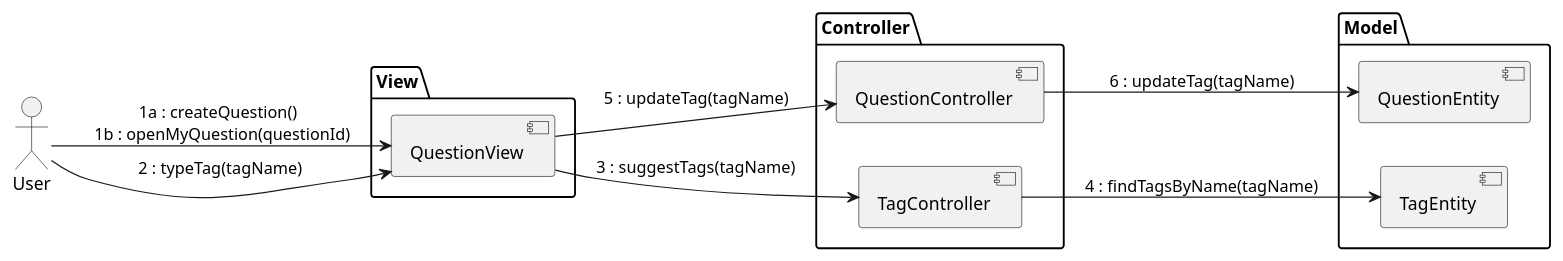
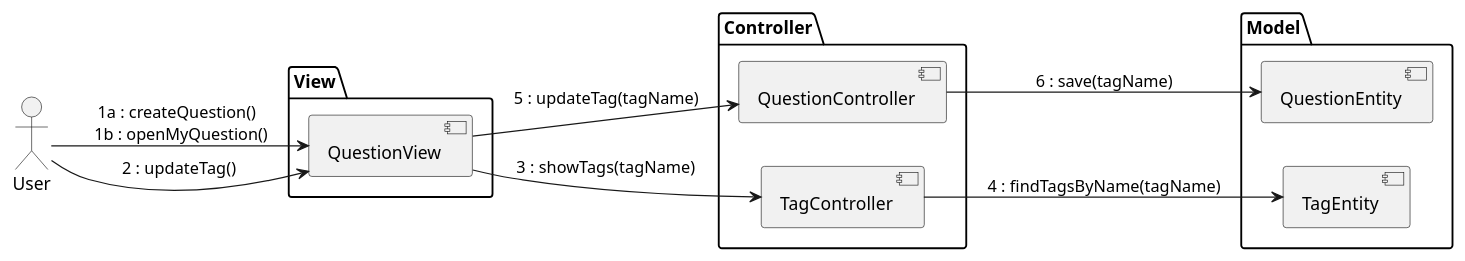
The diagram in src/main/resources/templates/logic/useCasesAnalysis/updateTagAnalysis.puml (rafaelacirino/miw-backend-foro), drawn with PlantUML before and after one commit. The commit also changed 10 other files, not shown here.

Commit message:
update diagrams

```diff
--- a/src/main/resources/templates/logic/useCasesAnalysis/updateTagAnalysis.puml
+++ b/src/main/resources/templates/logic/useCasesAnalysis/updateTagAnalysis.puml
@@ -1,29 +1,29 @@
 @startuml
 
 left to right direction
 
 actor User
 
 package View {
     [QuestionView]
 }
 
 package Controller {
     [QuestionController]
     [TagController]
 }
 
 package Model {
     [TagEntity]
     [QuestionEntity]
 }
 
-User --> [QuestionView] : 1a : createQuestion() \n 1b : openMyQuestion(questionId)
-User --> [QuestionView] : 2 : typeTag(tagName)
-[QuestionView] --> [TagController] : 3 : suggestTags(tagName)
+User --> [QuestionView] : 1a : createQuestion() \n 1b : openMyQuestion()
+User --> [QuestionView] : 2 : updateTag()
+[QuestionView] --> [TagController] : 3 : showTags(tagName)
 [TagController] --> [TagEntity] : 4 : findTagsByName(tagName)
 
 [QuestionView] --> [QuestionController] : 5 : updateTag(tagName)
-[QuestionController] --> [QuestionEntity] : 6 : updateTag(tagName)
+[QuestionController] --> [QuestionEntity] : 6 : save(tagName)
 
 @enduml
```
